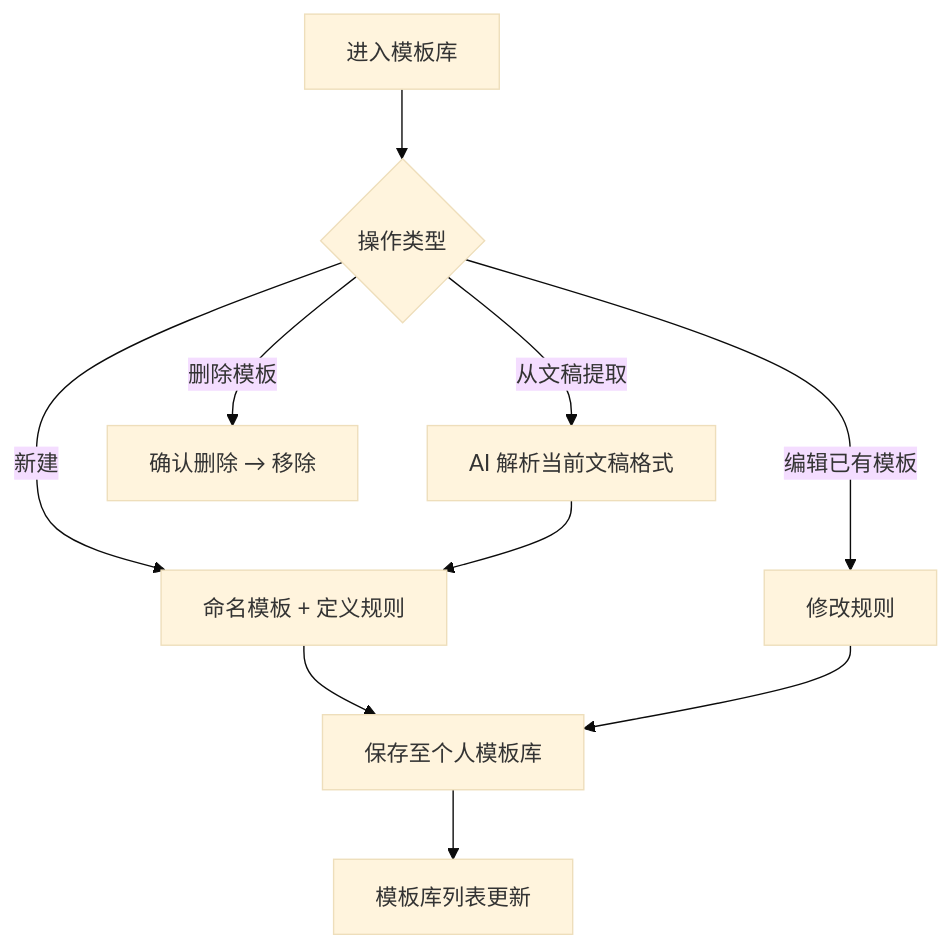
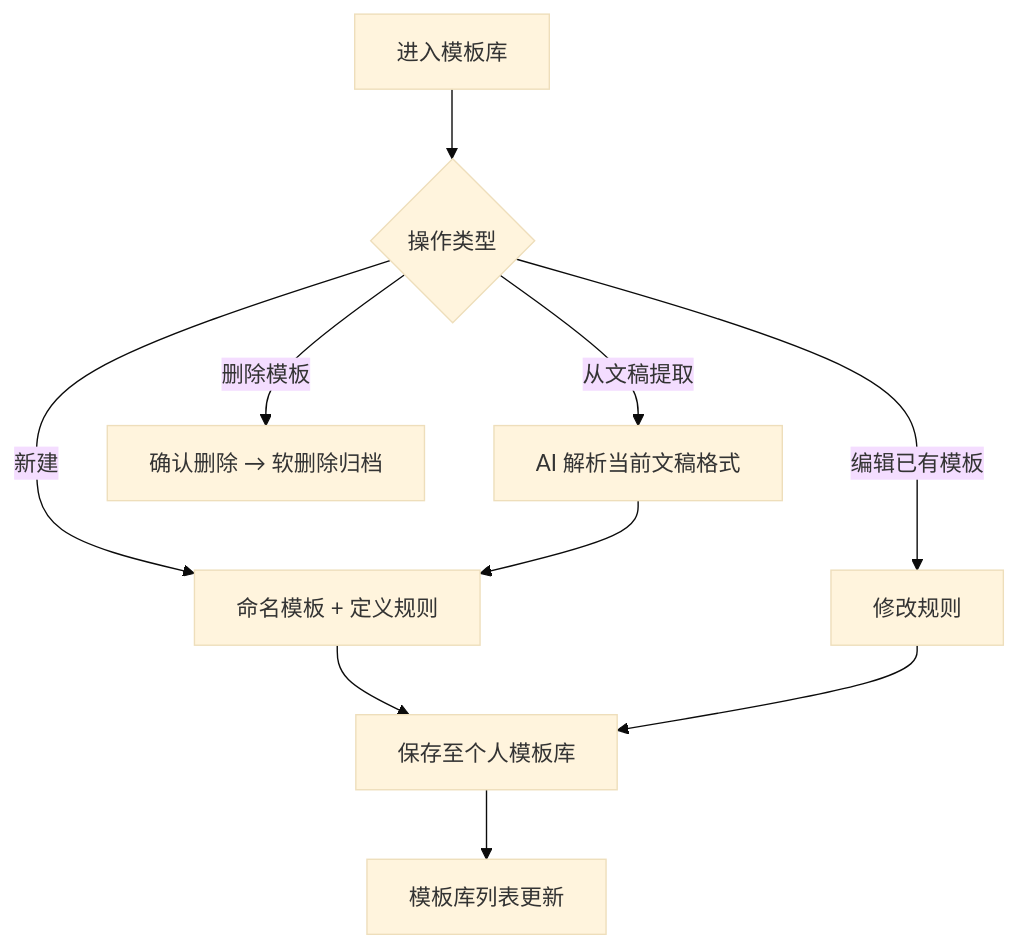
Before and after one commit to wfpepsi/black_tea: the fourth of 4 diagrams in PRD.md, drawn with Mermaid (base theme). The commit also changed other lines of this file, not shown here.

````diff
--- a/PRD.md
+++ b/PRD.md
@@ -119,11 +155,11 @@
 ```mermaid
 flowchart TD
     A[进入模板库] --> B{操作类型}
     B -- 新建 --> C[命名模板 + 定义规则]
     C --> D[保存至个人模板库]
     B -- 从文稿提取 --> E[AI 解析当前文稿格式]
     E --> C
     B -- 编辑已有模板 --> F[修改规则] --> D
-    B -- 删除模板 --> G[确认删除 → 移除]
+    B -- 删除模板 --> G[确认删除 → 软删除归档]
     D --> H[模板库列表更新]
 ```
````
